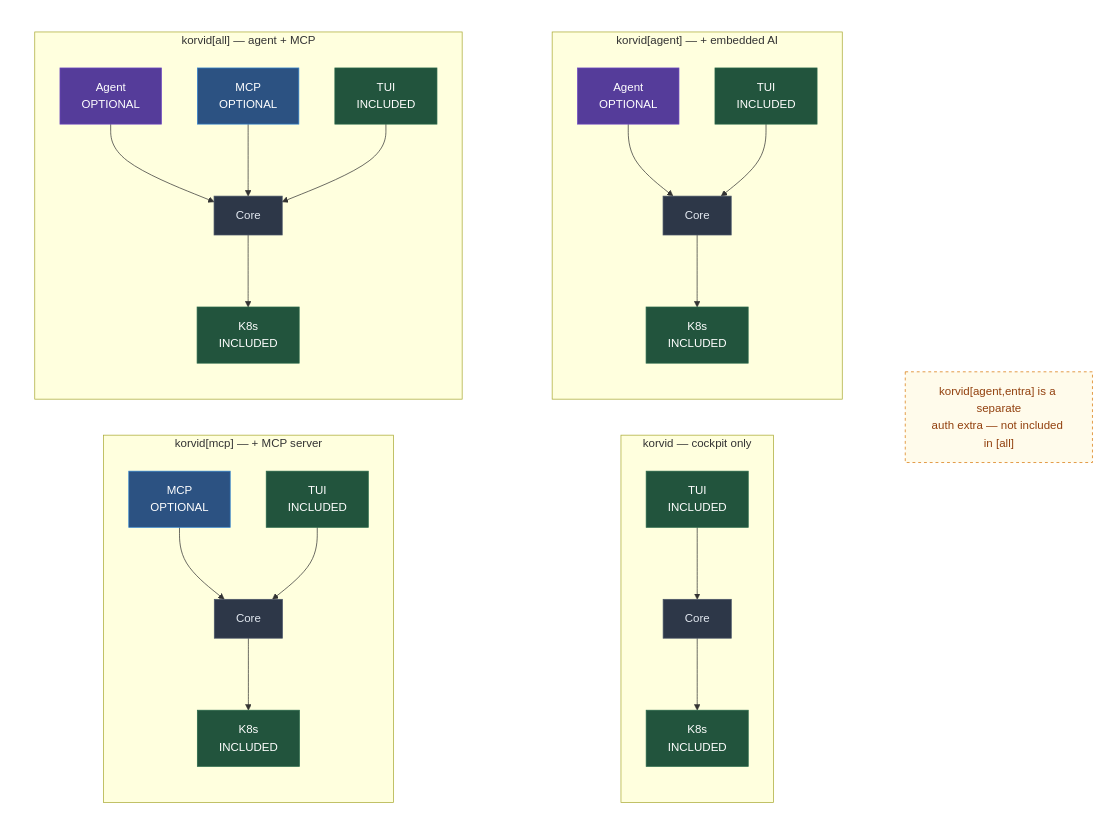
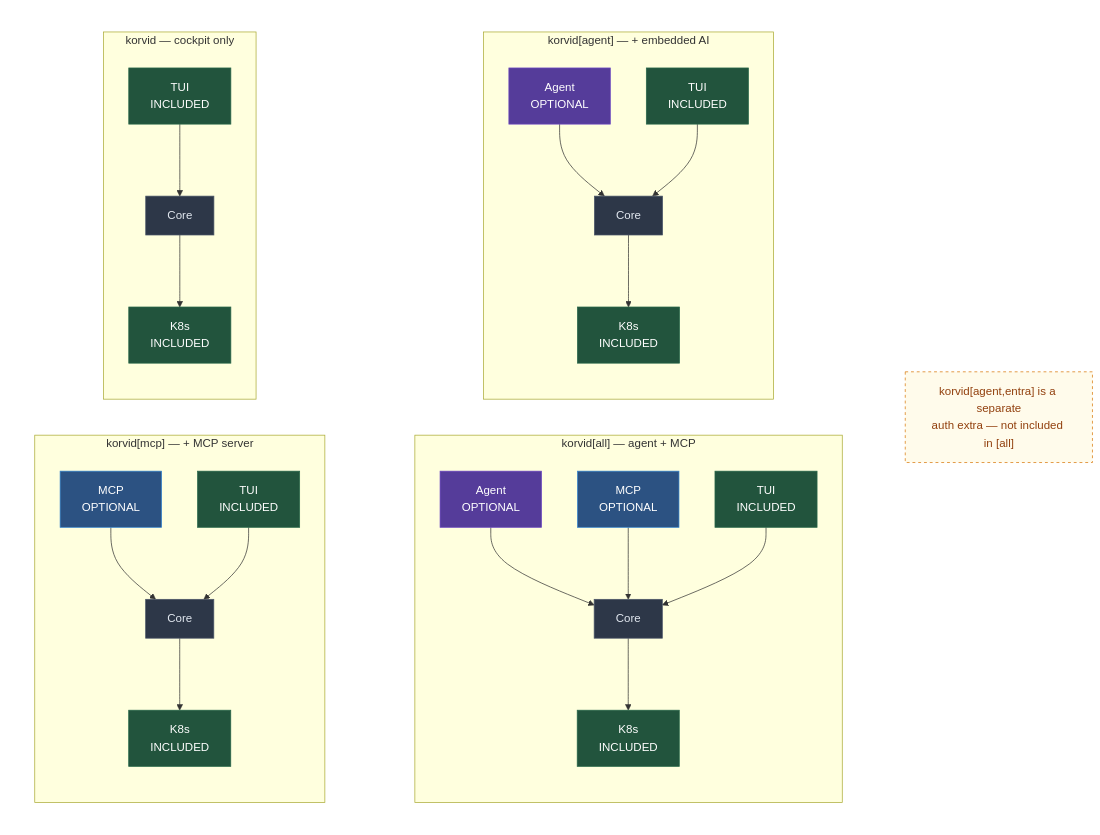
Before and after one commit to hellices/korvid: the second of 2 diagrams in docs/overview.md, drawn with Mermaid. The commit also changed other lines of this file and 1 other file, not shown here.

First line of the commit message:
docs: final fix pass — diagram order, labels, prose, spec link

````diff
--- a/docs/overview.md
+++ b/docs/overview.md
@@ -152,74 +154,74 @@
 ```mermaid
 flowchart TB
     subgraph ROW1["  "]
         direction LR
-        subgraph C1["korvid  —  cockpit only"]
+        subgraph C4["korvid[all]  —  agent + MCP"]
             direction TB
-            C1T["TUI<br/>INCLUDED"]
-            C1R["Core"]
-            C1K["K8s<br/>INCLUDED"]
-            C1T --> C1R --> C1K
+            C4A["Agent<br/>OPTIONAL"]
+            C4M["MCP<br/>OPTIONAL"]
+            C4T["TUI<br/>INCLUDED"]
+            C4R["Core"]
+            C4K["K8s<br/>INCLUDED"]
+            C4A --> C4R
+            C4M --> C4R
+            C4T --> C4R --> C4K
         end
 
         subgraph C2["korvid[agent]  —  + embedded AI"]
             direction TB
             C2A["Agent<br/>OPTIONAL"]
             C2T["TUI<br/>INCLUDED"]
             C2R["Core"]
             C2K["K8s<br/>INCLUDED"]
             C2A --> C2R
             C2T --> C2R --> C2K
         end
     end
 
     subgraph ROW2["  "]
         direction LR
         subgraph C3["korvid[mcp]  —  + MCP server"]
             direction TB
             C3M["MCP<br/>OPTIONAL"]
             C3T["TUI<br/>INCLUDED"]
             C3R["Core"]
             C3K["K8s<br/>INCLUDED"]
             C3M --> C3R
             C3T --> C3R --> C3K
         end
 
-        subgraph C4["korvid[all]  —  agent + MCP"]
+        subgraph C1["korvid  —  cockpit only"]
             direction TB
-            C4A["Agent<br/>OPTIONAL"]
-            C4M["MCP<br/>OPTIONAL"]
-            C4T["TUI<br/>INCLUDED"]
-            C4R["Core"]
-            C4K["K8s<br/>INCLUDED"]
-            C4A --> C4R
-            C4M --> C4R
-            C4T --> C4R --> C4K
+            C1T["TUI<br/>INCLUDED"]
+            C1R["Core"]
+            C1K["K8s<br/>INCLUDED"]
+            C1T --> C1R --> C1K
         end
     end
 
     NOTE["korvid[agent,entra] is a separate<br/>auth extra — not included in [all]"]
 
     style ROW1 fill:none,stroke:none
     style ROW2 fill:none,stroke:none
     style NOTE fill:#fffbeb,color:#92400e,stroke:#d97706,stroke-dasharray: 4 4
 
     style C1T fill:#22543d,color:#fff,stroke:#276749
     style C1R fill:#2d3748,color:#e2e8f0,stroke:#4a5568
     style C1K fill:#22543d,color:#fff,stroke:#276749
 
     style C2T fill:#22543d,color:#fff,stroke:#276749
     style C2A fill:#553c9a,color:#fff,stroke:#6b46c1
     style C2R fill:#2d3748,color:#e2e8f0,stroke:#4a5568
     style C2K fill:#22543d,color:#fff,stroke:#276749
 
     style C3T fill:#22543d,color:#fff,stroke:#276749
     style C3M fill:#2c5282,color:#fff,stroke:#3182ce
     style C3R fill:#2d3748,color:#e2e8f0,stroke:#4a5568
     style C3K fill:#22543d,color:#fff,stroke:#276749
 
     style C4T fill:#22543d,color:#fff,stroke:#276749
     style C4A fill:#553c9a,color:#fff,stroke:#6b46c1
     style C4M fill:#2c5282,color:#fff,stroke:#3182ce
     style C4R fill:#2d3748,color:#e2e8f0,stroke:#4a5568
     style C4K fill:#22543d,color:#fff,stroke:#276749
 ```
````
